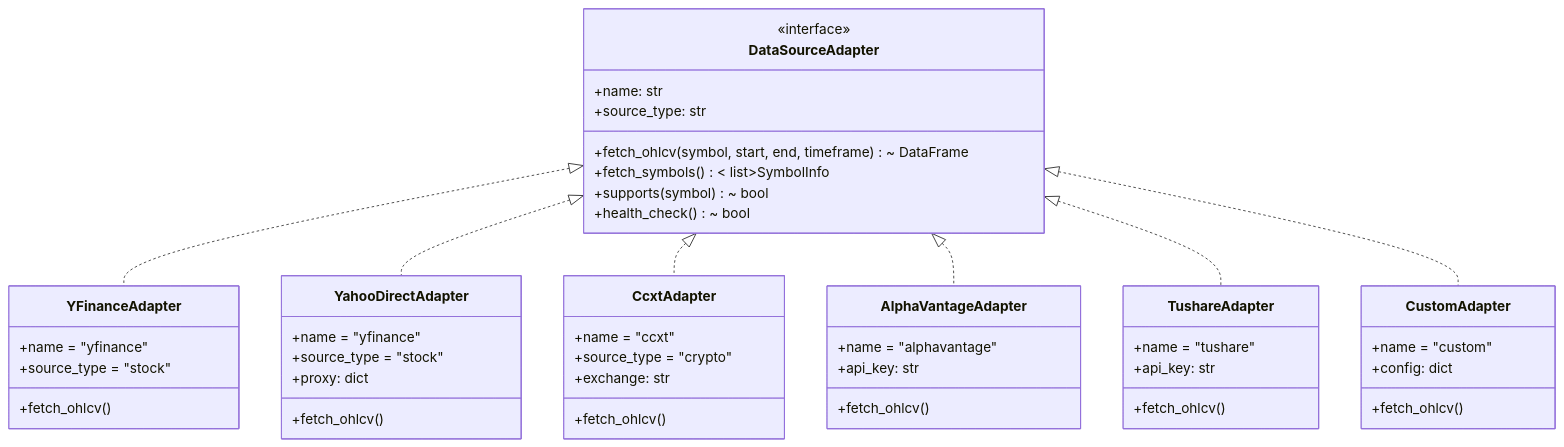
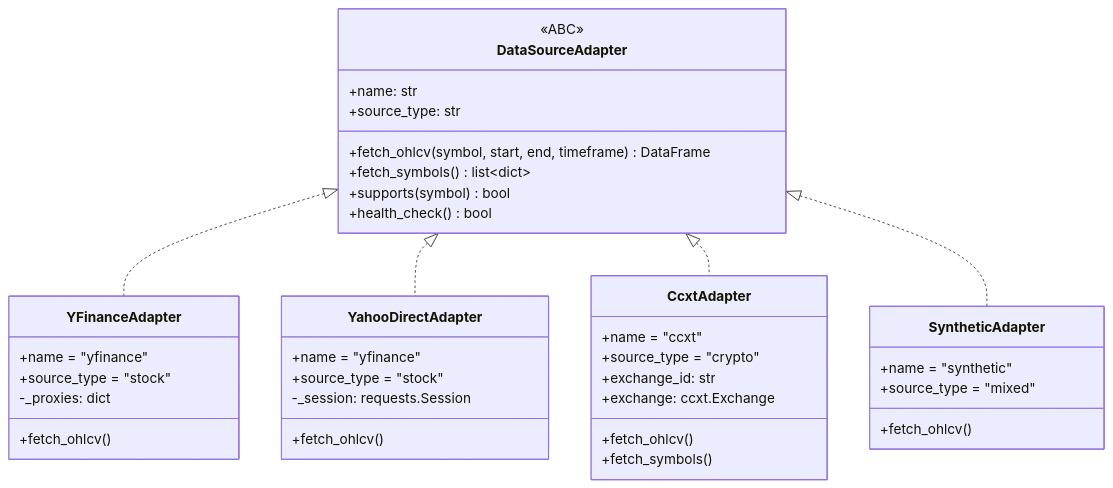
One commit to RESBI/StockStatistic changed the fourth of 23 diagrams in DESIGN_CN.md. Above: the diagram before and after it, drawn with Mermaid. The commit also changed other lines of this file and 12 other files, not shown here.

````diff
--- a/DESIGN_CN.md
+++ b/DESIGN_CN.md
@@ -193,57 +182,46 @@
 ```mermaid
 classDiagram
     class DataSourceAdapter {
-        <<interface>>
+        <<ABC>>
         +name: str
         +source_type: str
-        +fetch_ohlcv(symbol, start, end, timeframe) ~ DataFrame
-        +fetch_symbols() ~ list~SymbolInfo
-        +supports(symbol) ~ bool
-        +health_check() ~ bool
+        +fetch_ohlcv(symbol, start, end, timeframe) DataFrame
+        +fetch_symbols() list~dict~
+        +supports(symbol) bool
+        +health_check() bool
     }
 
     class YFinanceAdapter {
         +name = "yfinance"
         +source_type = "stock"
-        +fetch_ohlcv() 
+        -_proxies: dict
+        +fetch_ohlcv()
     }
 
     class YahooDirectAdapter {
         +name = "yfinance"
         +source_type = "stock"
-        +proxy: dict
+        -_session: requests.Session
         +fetch_ohlcv()
     }
 
     class CcxtAdapter {
         +name = "ccxt"
         +source_type = "crypto"
-        +exchange: str
+        +exchange_id: str
+        +exchange: ccxt.Exchange
         +fetch_ohlcv()
+        +fetch_symbols()
     }
 
-    class AlphaVantageAdapter {
-        +name = "alphavantage"
-        +api_key: str
-        +fetch_ohlcv()
-    }
-
-    class TushareAdapter {
-        +name = "tushare"
-        +api_key: str
-        +fetch_ohlcv()
-    }
-
-    class CustomAdapter {
-        +name = "custom"
-        +config: dict
+    class SyntheticAdapter {
+        +name = "synthetic"
+        +source_type = "mixed"
         +fetch_ohlcv()
     }
 
     DataSourceAdapter <|.. YFinanceAdapter
     DataSourceAdapter <|.. YahooDirectAdapter
     DataSourceAdapter <|.. CcxtAdapter
-    DataSourceAdapter <|.. AlphaVantageAdapter
-    DataSourceAdapter <|.. TushareAdapter
-    DataSourceAdapter <|.. CustomAdapter
+    DataSourceAdapter <|.. SyntheticAdapter
 ```
````
